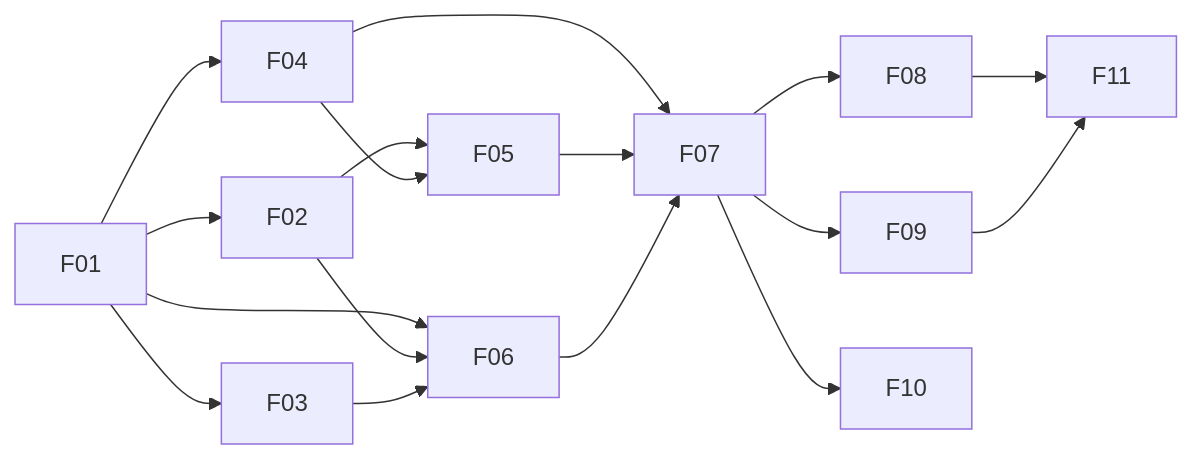
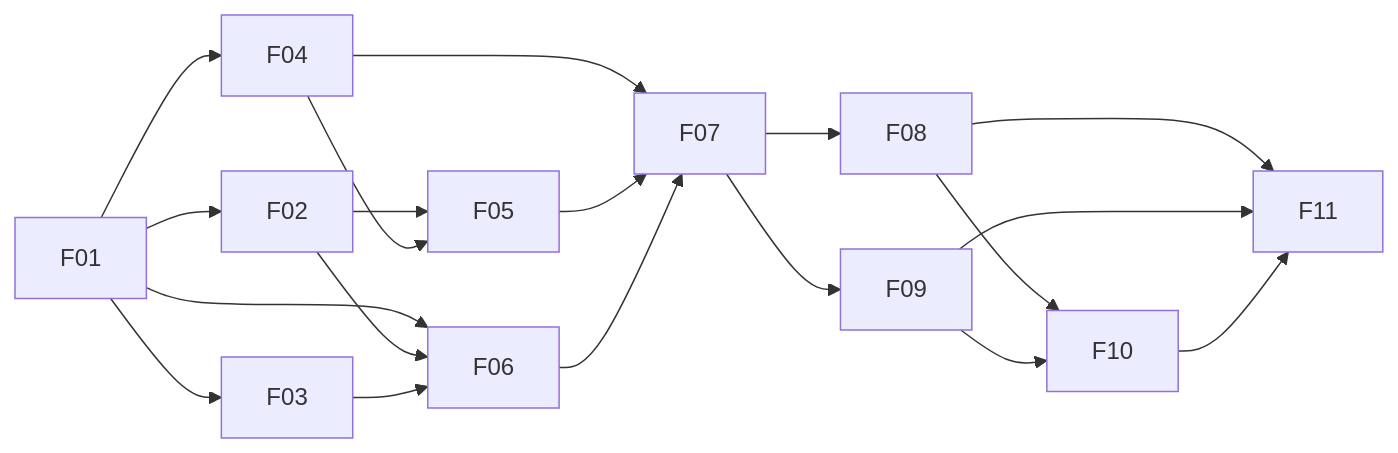
One commit to ZJUCao/tstack changed the second of 2 diagrams in docs/troy-mode/requirements.md. Above: the diagram before and after it, drawn with Mermaid. The commit also changed other lines of this file and 3 other files, not shown here.

````diff
--- a/docs/troy-mode/requirements.md
+++ b/docs/troy-mode/requirements.md
@@ -346,19 +346,21 @@
 ```mermaid
 flowchart LR
   F01 --> F02
   F01 --> F03
   F01 --> F04
   F02 --> F05
   F04 --> F05
   F01 --> F06
   F02 --> F06
   F03 --> F06
   F04 --> F07
   F05 --> F07
   F06 --> F07
   F07 --> F08
   F07 --> F09
-  F07 --> F10
+  F08 --> F10
+  F09 --> F10
   F08 --> F11
   F09 --> F11
+  F10 --> F11
 ```
````
